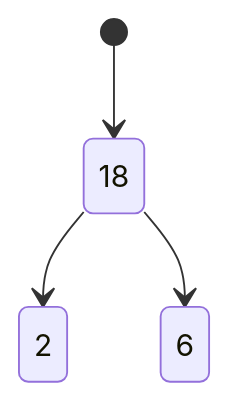
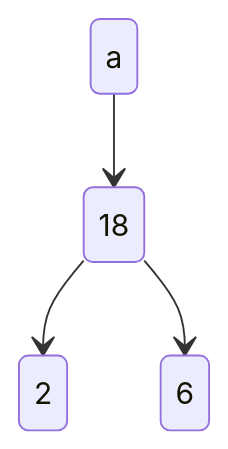
Before and after one commit to ale66/fundies-II: the fourth of 4 diagrams in fundies-4/tree-based-sorting.qmd, drawn with Mermaid. The commit also changed other lines of this file and 1 other file, not shown here.

Commit message:
Mermaid diagrams in

````diff
--- a/fundies-4/tree-based-sorting.qmd
+++ b/fundies-4/tree-based-sorting.qmd
@@ -291,7 +299,8 @@
 ```{mermaid}
+%%| echo: false
 stateDiagram-v2
-    [*] --> 18
+    a --> 18
 
     18 --> 2
     18 --> 6
 ```
````
